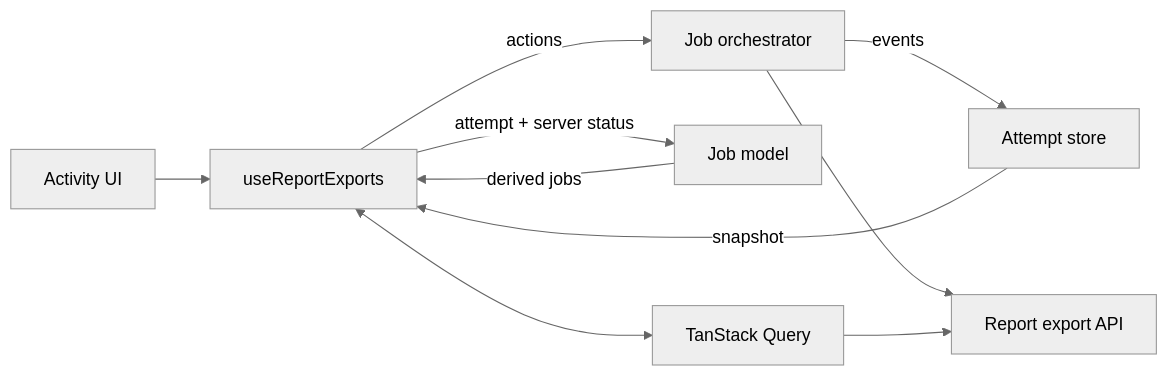
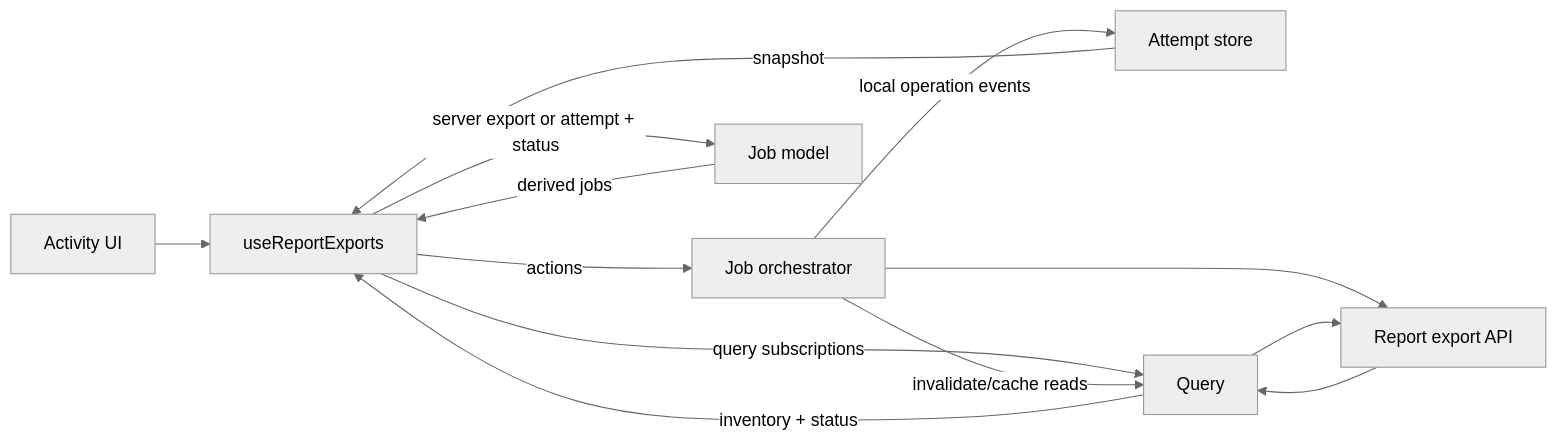
Before and after one commit to greenbone/gsa: the diagram in src/web/report-export/report-export-architecture.md, drawn with Mermaid (neutral theme). The commit also changed other lines of this file and 5 other files, not shown here.

Commit message:
export report sort by time creation and move responsibility to hook

````diff
--- a/src/web/report-export/report-export-architecture.md
+++ b/src/web/report-export/report-export-architecture.md
@@ -19,12 +19,15 @@
 ```mermaid
 flowchart LR
   UI[Activity UI] --> Hook[useReportExports]
   Hook -->|actions| Orchestrator[Job orchestrator]
-  Orchestrator -->|events| Store[Attempt store]
+  Orchestrator -->|local operation events| Store[Attempt store]
   Store -->|snapshot| Hook
-  Hook -->|attempt + server status| Model[Job model]
+  Hook -->|query subscriptions| Query
+  Query -->|inventory + status| Hook
+  Hook -->|server export or attempt + status| Model[Job model]
   Model -->|derived jobs| Hook
-  Hook <--> Query[TanStack Query]
+  Orchestrator -->|invalidate/cache reads| Query
   Orchestrator --> API[Report export API]
   Query --> API
+  API --> Query
 ```
````
